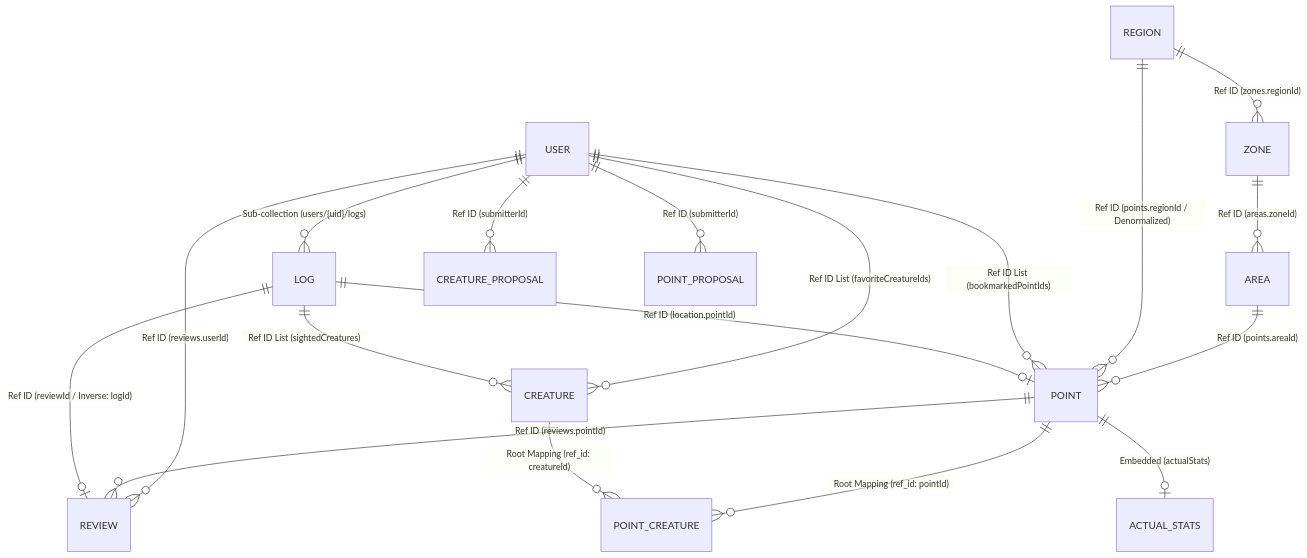
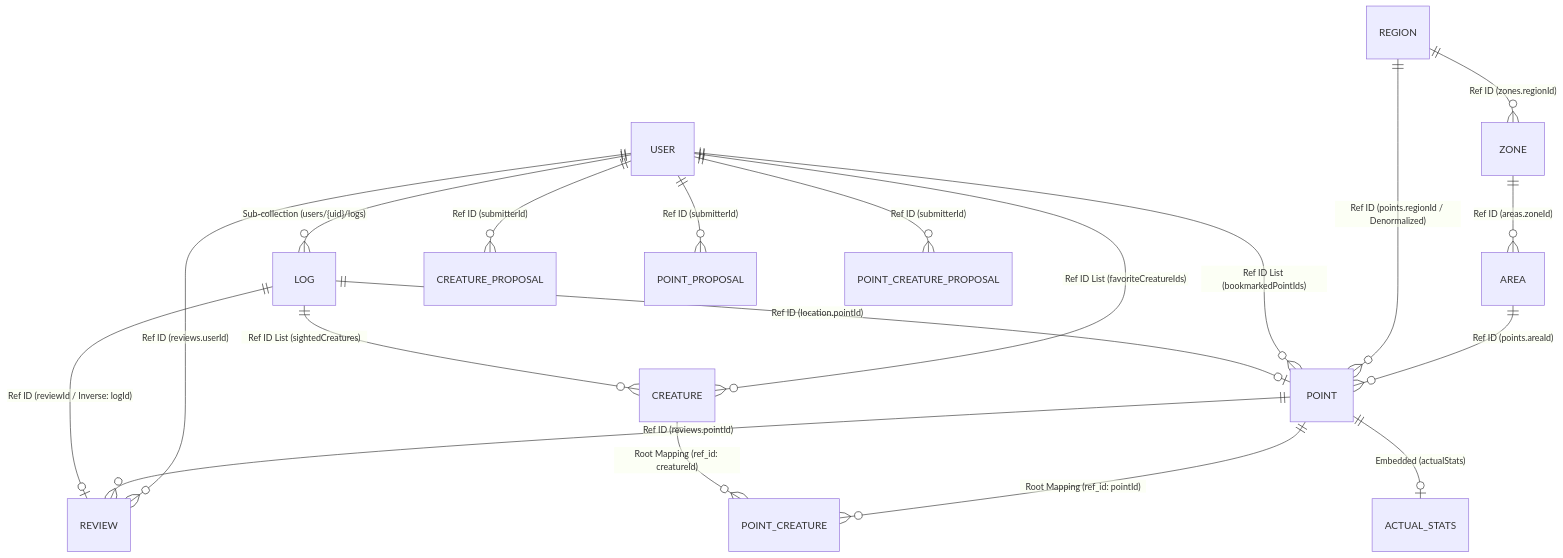
Before and after one commit to cloud-solutions-ttakeuchi/wedive: the diagram in DATABASE_DESIGN.md, drawn with Mermaid. The commit also changed other lines of this file and 17 other files, not shown here.

````diff
--- a/DATABASE_DESIGN.md
+++ b/DATABASE_DESIGN.md
@@ -28,35 +28,36 @@
 ```mermaid
 erDiagram
     %% --- Geographical Hierarchy ---
     REGION ||--o{ ZONE : "Ref ID (zones.regionId)"
     ZONE ||--o{ AREA : "Ref ID (areas.zoneId)"
     AREA ||--o{ POINT : "Ref ID (points.areaId)"
     REGION ||--o{ POINT : "Ref ID (points.regionId / Denormalized)"
     
     %% --- Core Entities & User Data ---
     USER ||--o{ LOG : "Sub-collection (users/{uid}/logs)"
     USER ||--o{ REVIEW : "Ref ID (reviews.userId)"
     USER ||--o{ CREATURE : "Ref ID List (favoriteCreatureIds)"
     USER ||--o{ POINT : "Ref ID List (bookmarkedPointIds)"
     
     POINT ||--o{ REVIEW : "Ref ID (reviews.pointId)"
     POINT ||--o{ POINT_CREATURE : "Root Mapping (ref_id: pointId)"
     POINT ||--o| ACTUAL_STATS : "Embedded (actualStats)"
     
     CREATURE ||--o{ POINT_CREATURE : "Root Mapping (ref_id: creatureId)"
     
     LOG ||--o| POINT : "Ref ID (location.pointId)"
     LOG ||--o{ CREATURE : "Ref ID List (sightedCreatures)"
     LOG ||--o| REVIEW : "Ref ID (reviewId / Inverse: logId)"
 
     %% --- Proposals (Admin) ---
     USER ||--o{ CREATURE_PROPOSAL : "Ref ID (submitterId)"
     USER ||--o{ POINT_PROPOSAL : "Ref ID (submitterId)"
+    USER ||--o{ POINT_CREATURE_PROPOSAL : "Ref ID (submitterId)"
 
     %% Legend
     %% Sub-collection: Physical nesting in Firestore
     %% Ref ID: Single field containing target Document ID
     %% Ref ID List: Array field containing multiple target IDs
     %% Embedded: Nested Map object inside the document
     %% Denormalized: Data stored duplicated for query performance
 ```
````
